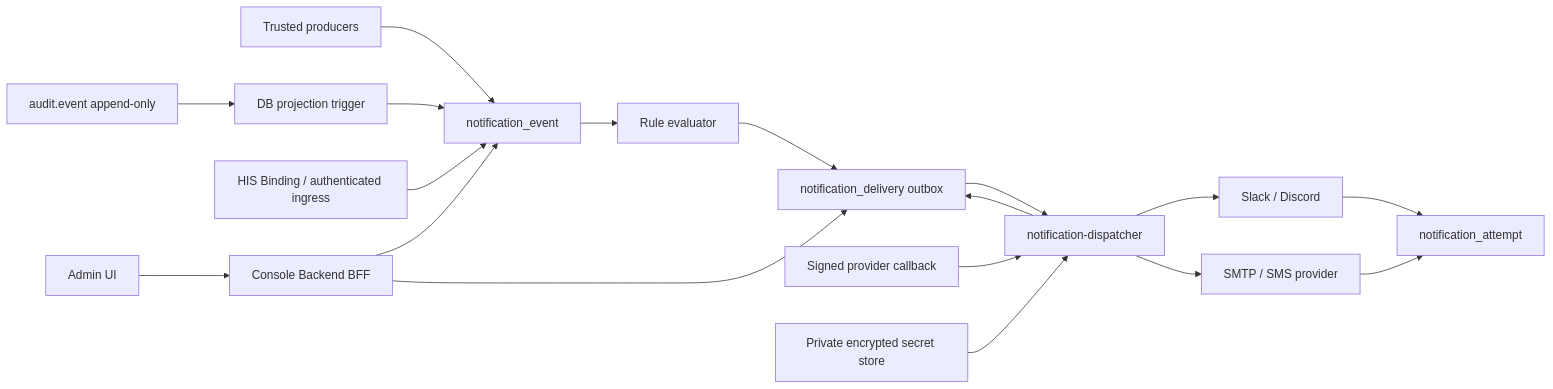
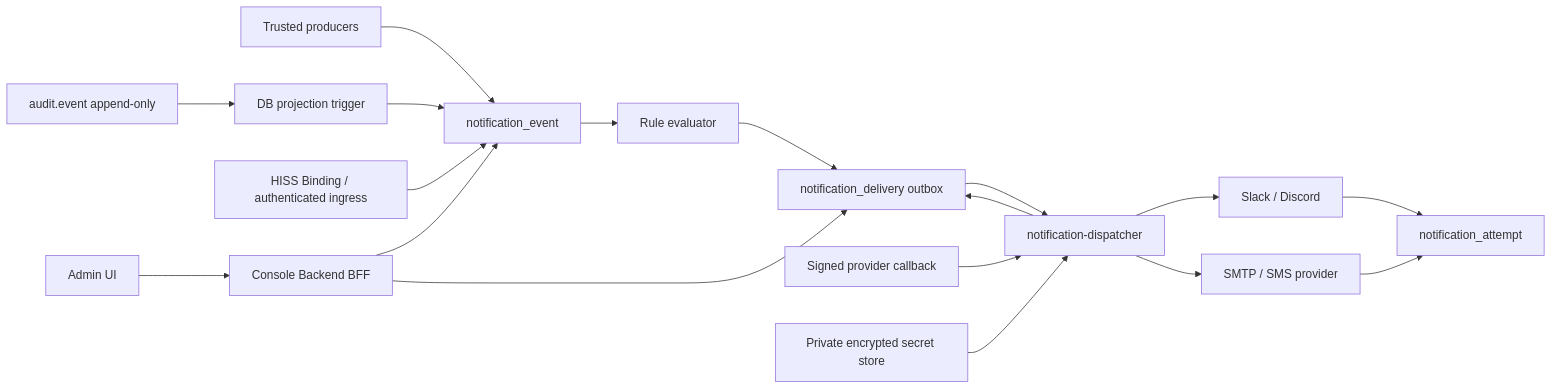
Before and after one commit to opensphere-platform/OpenSphere-console: the diagram in docs/PLAN-CONSOLE-EXTERNAL-NOTIFICATION-CHANNELS-2026-07-23.md, drawn with Mermaid. The commit also changed other lines of this file and 55 other files, not shown here.

````diff
--- a/docs/PLAN-CONSOLE-EXTERNAL-NOTIFICATION-CHANNELS-2026-07-23.md
+++ b/docs/PLAN-CONSOLE-EXTERNAL-NOTIFICATION-CHANNELS-2026-07-23.md
@@ -415,20 +415,20 @@
 ```mermaid
 flowchart LR
   P["Trusted producers"] --> E["notification_event"]
   A["audit.event append-only"] --> T["DB projection trigger"]
   T --> E
-  H["HIS Binding / authenticated ingress"] --> E
+  H["HISS Binding / authenticated ingress"] --> E
   E --> R["Rule evaluator"]
   R --> D["notification_delivery outbox"]
   D --> W["notification-dispatcher"]
   W --> S["Slack / Discord"]
   W --> M["SMTP / SMS provider"]
   S --> X["notification_attempt"]
   M --> X
   C["Signed provider callback"] --> W
   W --> D
   B["Console Backend BFF"] --> E
   B --> D
   U["Admin UI"] --> B
   K["Private encrypted secret store"] --> W
 ```
````
